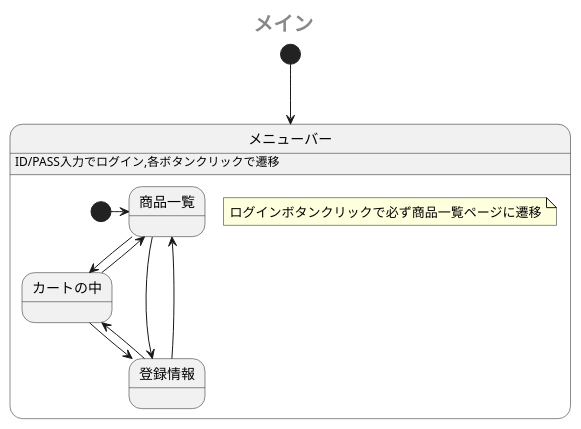
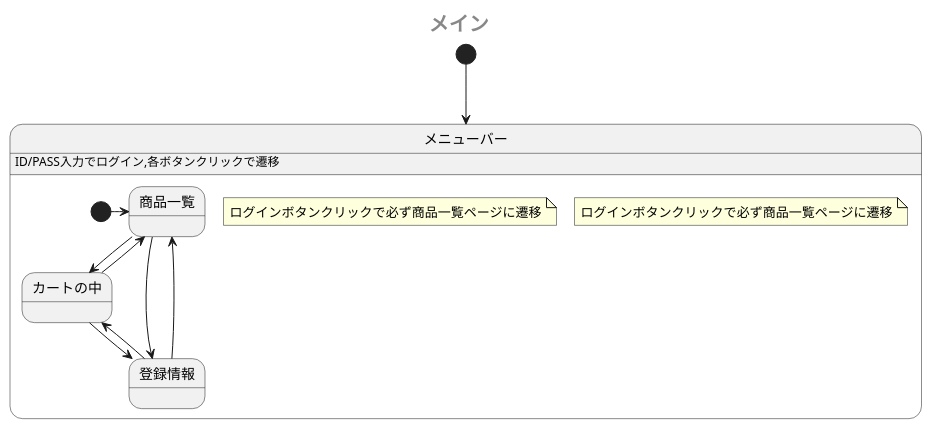
Before and after one commit to Aso2001385/2021sys-design: the first of 2 diagrams in sample/StateMachine.md, drawn with PlantUML.

````diff
--- a/sample/StateMachine.md
+++ b/sample/StateMachine.md
@@ -1,22 +1,23 @@
 ```uml
 @startuml
  center header <size:20><b>メイン</b></size>
  [*] --> メニューバー
  state メニューバー {
    メニューバー: ID/PASS入力でログイン,各ボタンクリックで遷移
    [*] -> 商品一覧
    note "ログインボタンクリックで必ず商品一覧ページに遷移" as N1
+   note "ログインボタンクリックで必ず商品一覧ページに遷移" as N2
    商品一覧 -down-> カートの中
    カートの中 -up-> 商品一覧
    カートの中 -down-> 登録情報
    登録情報 -up-> カートの中
    商品一覧 -right-> 登録情報
    商品一覧 -[hidden]> 登録情報
    登録情報 -left-> 商品一覧
    登録情報 -[hidden]> 商品一覧
    
 
  }
  
 @enduml
 ```
````
